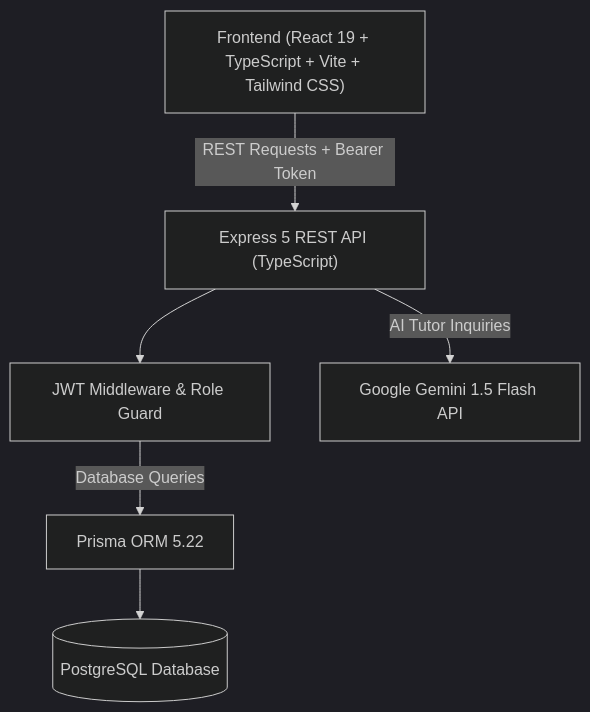
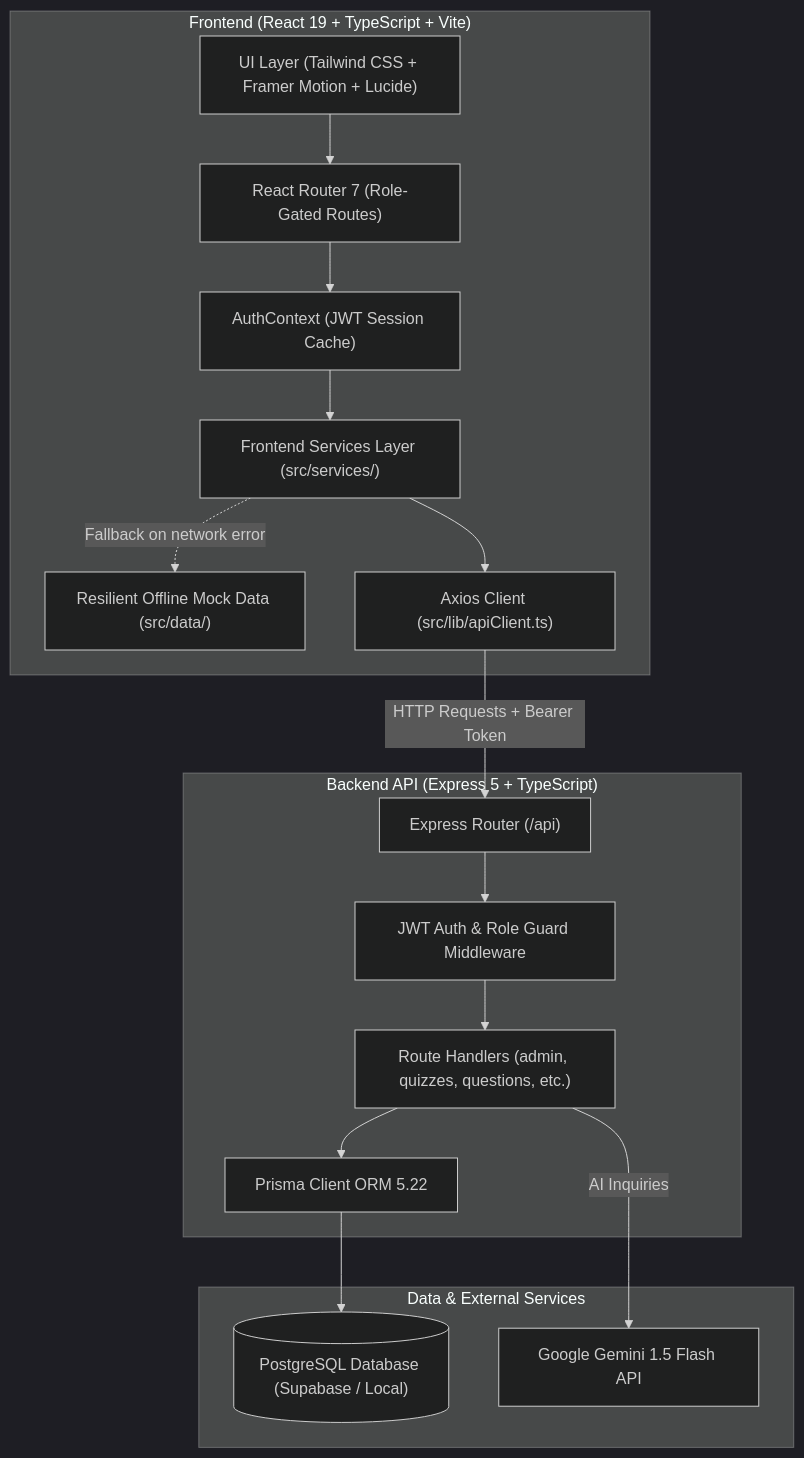
The second of 3 diagrams in README.md (chaman284/Acadexa), drawn with Mermaid (dark theme) before and after one commit. The commit also changed other lines of this file and 10 other files, not shown here.

````diff
--- a/README.md
+++ b/README.md
@@ -59,15 +102,35 @@
 ```mermaid
 graph TD
-    Client["Frontend (React 19 + TypeScript + Vite + Tailwind CSS)"]
-    API["Express 5 REST API (TypeScript)"]
-    Auth["JWT Middleware & Role Guard"]
-    Prisma["Prisma ORM 5.22"]
-    DB[(PostgreSQL Database)]
-    Gemini["Google Gemini 1.5 Flash API"]
+    subgraph Client ["Frontend (React 19 + TypeScript + Vite)"]
+        UI["UI Layer (Tailwind CSS + Framer Motion + Lucide)"]
+        Router["React Router 7 (Role-Gated Routes)"]
+        AuthCtx["AuthContext (JWT Session Cache)"]
+        Services["Frontend Services Layer (src/services/)"]
+        Fallback["Resilient Offline Mock Data (src/data/)"]
+        Axios["Axios Client (src/lib/apiClient.ts)"]
+    end
 
-    Client -->|REST Requests + Bearer Token| API
-    API --> Auth
-    Auth -->|Database Queries| Prisma
-    Prisma --> DB
-    API -->|AI Tutor Inquiries| Gemini
+    subgraph Backend ["Backend API (Express 5 + TypeScript)"]
+        API["Express Router (/api)"]
+        JWTMiddleware["JWT Auth & Role Guard Middleware"]
+        Controllers["Route Handlers (admin, quizzes, questions, etc.)"]
+        PrismaORM["Prisma Client ORM 5.22"]
+    end
+
+    subgraph Storage ["Data & External Services"]
+        Postgres[("PostgreSQL Database (Supabase / Local)")]
+        GeminiAPI["Google Gemini 1.5 Flash API"]
+    end
+
+    UI --> Router
+    Router --> AuthCtx
+    AuthCtx --> Services
+    Services --> Axios
+    Services -.->|Fallback on network error| Fallback
+    Axios -->|HTTP Requests + Bearer Token| API
+    API --> JWTMiddleware
+    JWTMiddleware --> Controllers
+    Controllers --> PrismaORM
+    PrismaORM --> Postgres
+    Controllers -->|AI Inquiries| GeminiAPI
 ```
````
